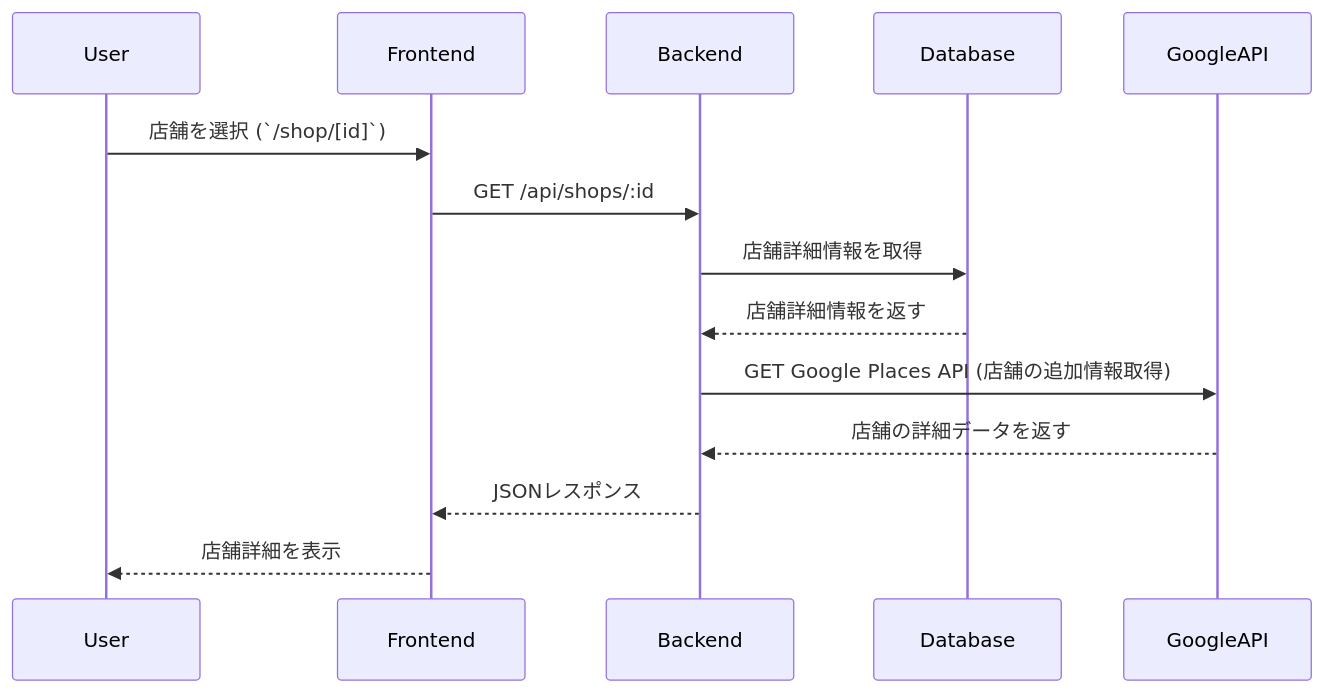
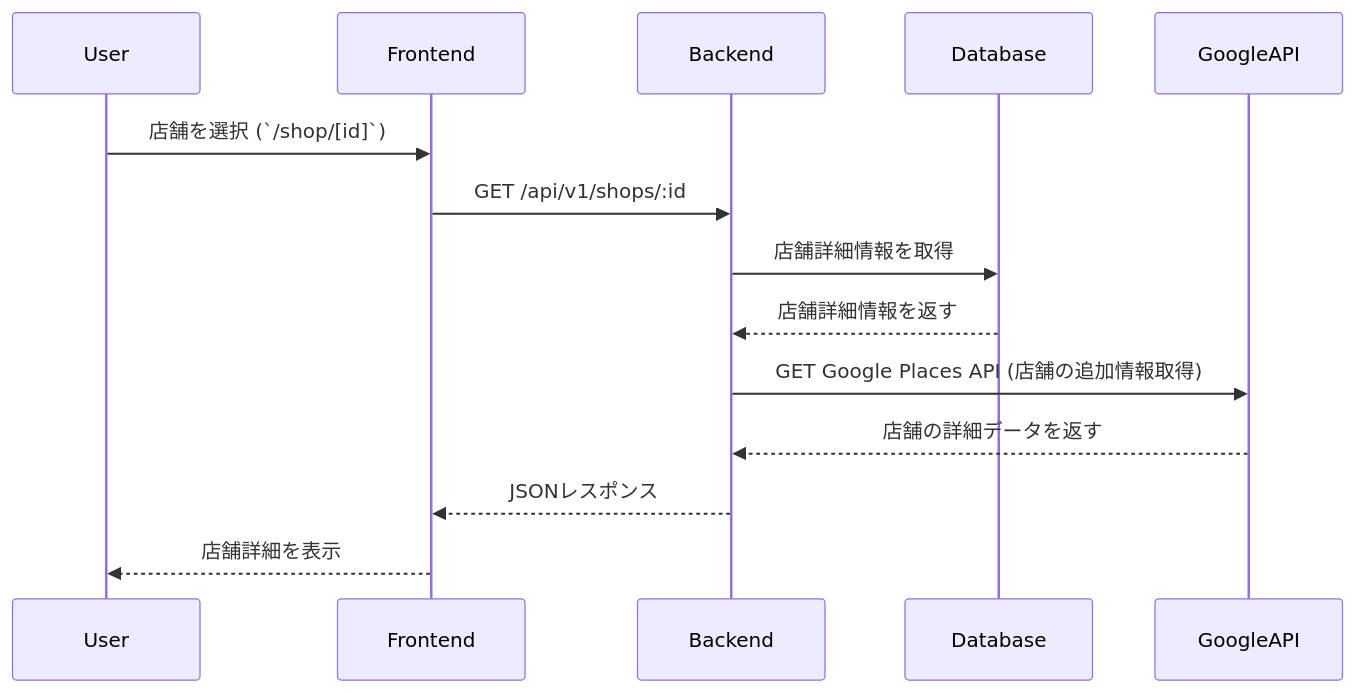
Before and after one commit to muranakaaa/secoma-record: the eighth of 8 diagrams in README.md, drawn with Mermaid. The commit also changed other lines of this file, not shown here.

````diff
--- a/README.md
+++ b/README.md
@@ -285,17 +285,17 @@
 ```mermaid
 sequenceDiagram
     participant User
     participant Frontend
     participant Backend
     participant Database
     participant GoogleAPI
 
     User->>Frontend: 店舗を選択 (`/shop/[id]`)
-    Frontend->>Backend: GET /api/shops/:id
+    Frontend->>Backend: GET /api/v1/shops/:id
     Backend->>Database: 店舗詳細情報を取得
     Database-->>Backend: 店舗詳細情報を返す
     Backend->>GoogleAPI: GET Google Places API (店舗の追加情報取得)
     GoogleAPI-->>Backend: 店舗の詳細データを返す
     Backend-->>Frontend: JSONレスポンス
     Frontend-->>User: 店舗詳細を表示
 ```
````
